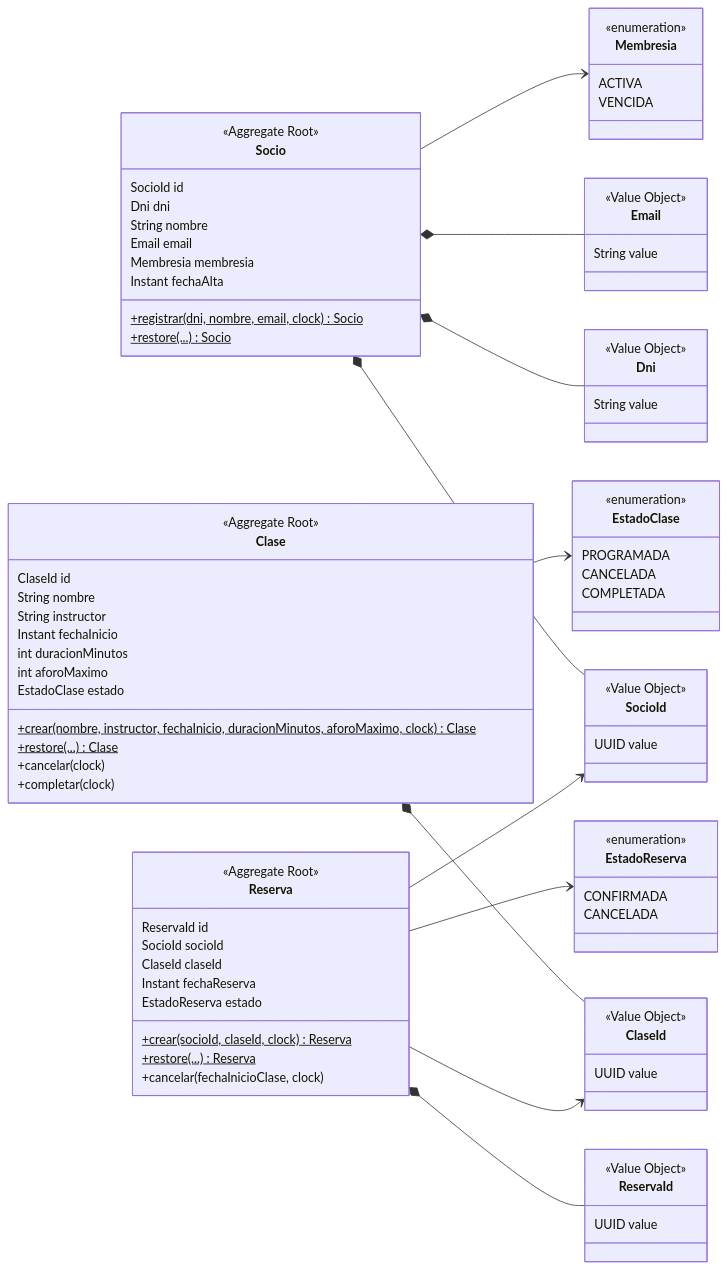
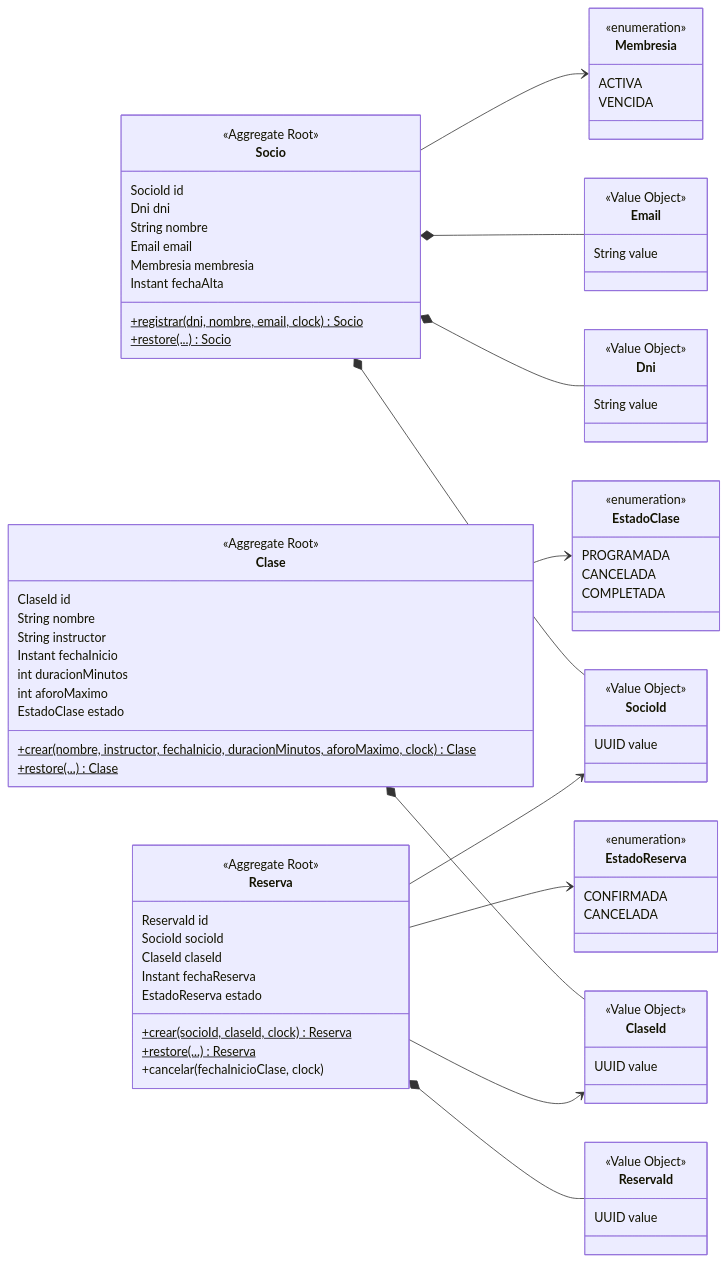
The diagram in specs/architecture/domain-model.md (neft007/examenAiSpecDrivenDevelopment), drawn with Mermaid before and after one commit. The commit also changed 2 other files, not shown here.

Commit message:
design: quitar Clase.cancelar y Clase.completar del modelo y de ADR-0002 (D-04)
Ninguna historia ni operación de V1 los usa y no están implementados. Quedan en PENDIENTES.md hasta que una historia los requiera.

```diff
--- a/specs/architecture/domain-model.md
+++ b/specs/architecture/domain-model.md
@@ -47,8 +47,6 @@
         EstadoClase estado
         +crear(nombre, instructor, fechaInicio, duracionMinutos, aforoMaximo, clock)$ Clase
         +restore(...)$ Clase
-        +cancelar(clock)
-        +completar(clock)
     }
 
     class Reserva {
```
